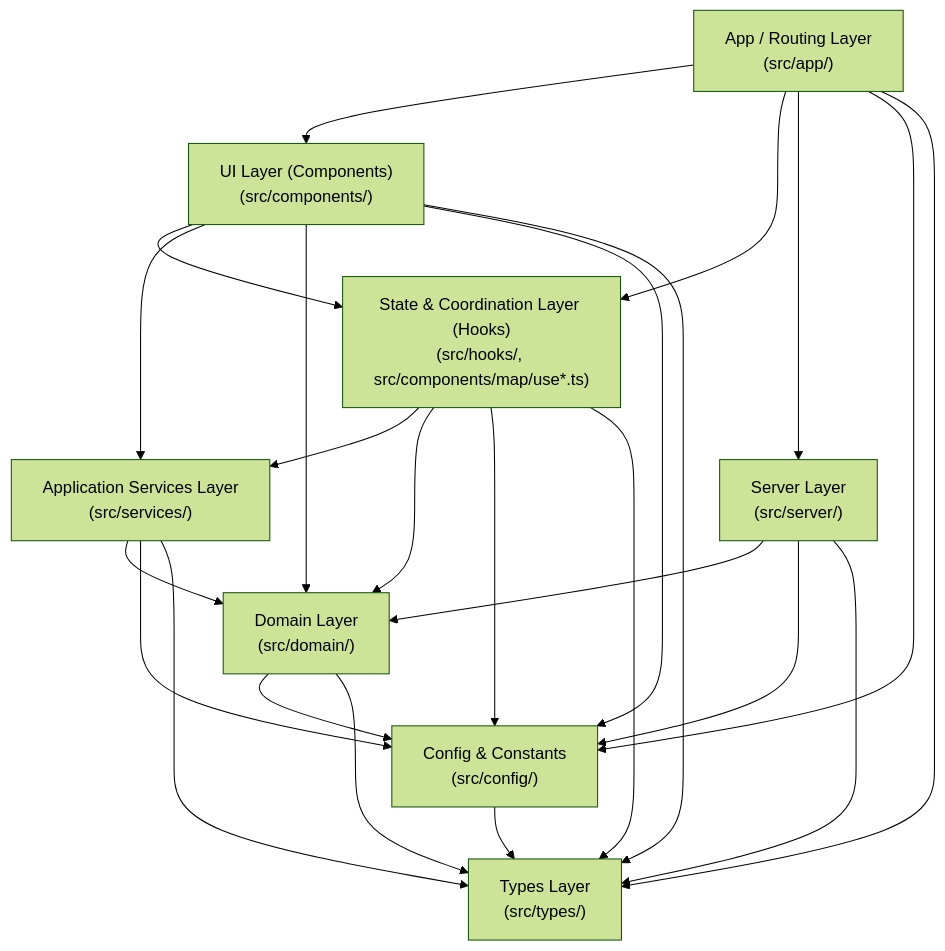
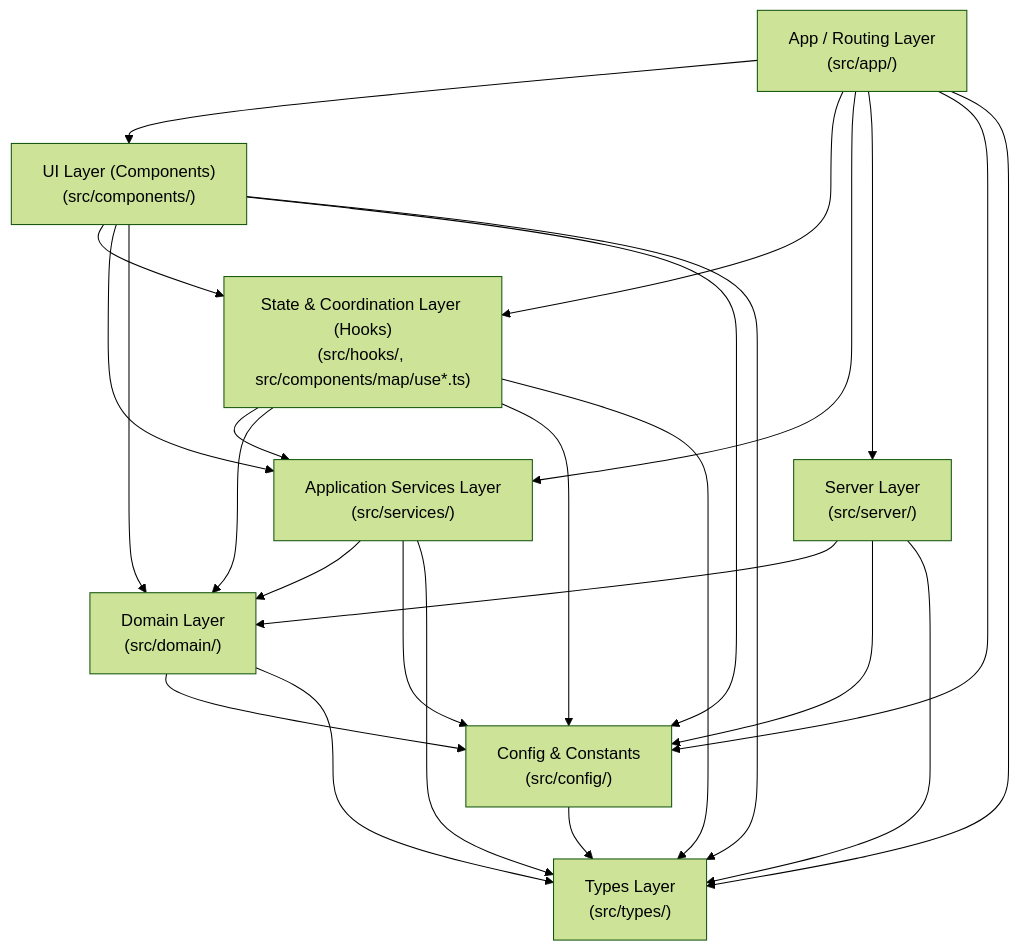
One commit to poteto317/draw-my-map changed the second of 7 diagrams in docs/architecture/overview.md. Above: the diagram before and after it, drawn with Mermaid (forest theme). The commit also changed other lines of this file and 9 other files, not shown here.

````diff
--- a/docs/architecture/overview.md
+++ b/docs/architecture/overview.md
@@ -270,41 +294,42 @@
 ```mermaid
 flowchart TD
     App["App / Routing Layer<br/>(src/app/)"]
     UI["UI Layer (Components)<br/>(src/components/)"]
     Hooks["State & Coordination Layer (Hooks)<br/>(src/hooks/, src/components/map/use*.ts)"]
     Services["Application Services Layer<br/>(src/services/)"]
     Domain["Domain Layer<br/>(src/domain/)"]
     Server["Server Layer<br/>(src/server/)"]
     Config["Config & Constants<br/>(src/config/)"]
     Types["Types Layer<br/>(src/types/)"]
 
     App --> UI
     App --> Hooks
+    App --> Services
     App --> Server
     App --> Config
     App --> Types
 
     UI --> Hooks
     UI --> Services
     UI --> Domain
     UI --> Config
     UI --> Types
 
     Hooks --> Services
     Hooks --> Domain
     Hooks --> Config
     Hooks --> Types
 
     Services --> Domain
     Services --> Config
     Services --> Types
 
     Server --> Domain
     Server --> Config
     Server --> Types
 
     Domain --> Config
     Domain --> Types
 
     Config --> Types
 ```
````
